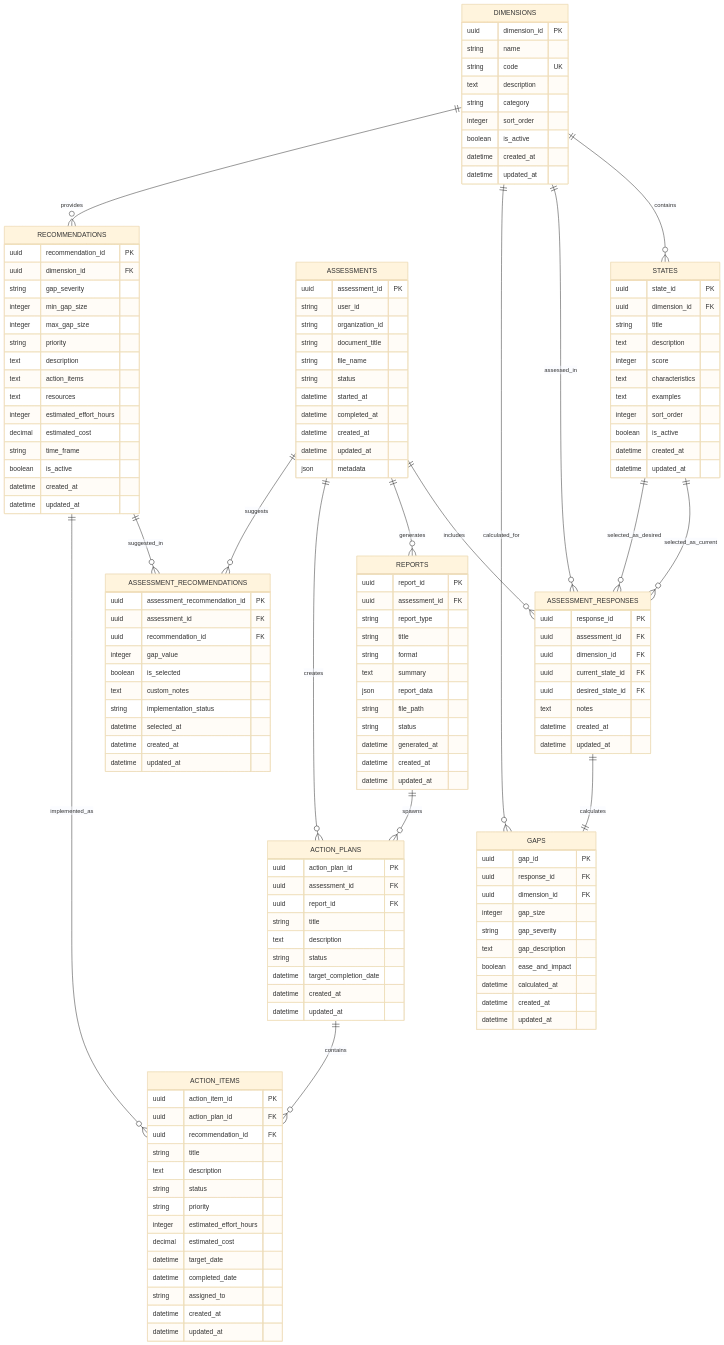
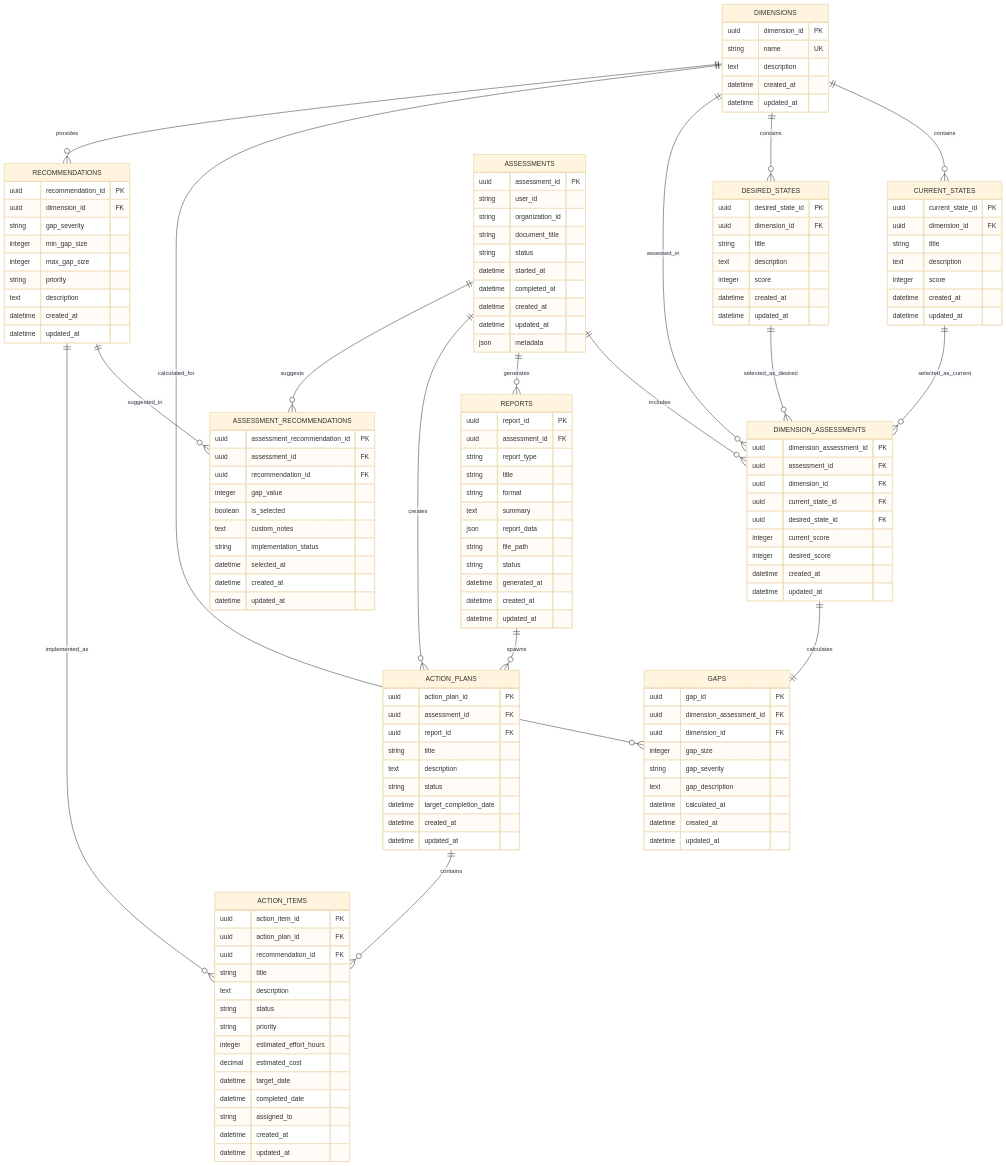
Before and after one commit to ADORSYS-GIS/DGRV-digital-gap-tool: the diagram in doc/Arc42.md, drawn with Mermaid (base theme). The commit also changed 1 other file, not shown here.

Commit message:
feat(docs): arc42 and database schema

````diff
--- a/doc/Arc42.md
+++ b/doc/Arc42.md
@@ -437,37 +437,39 @@
 ```mermaid
 erDiagram
+
     DIMENSIONS {
         uuid dimension_id PK
-        string name
-        string code UK
+        string name UK
         text description
-        string category
-        integer sort_order
-        boolean is_active
         datetime created_at
         datetime updated_at
     }
-    
-    STATES {
-        uuid state_id PK
+
+    CURRENT_STATES {
+        uuid current_state_id PK
         uuid dimension_id FK
         string title
         text description
         integer score
-        text characteristics
-        text examples
-        integer sort_order
-        boolean is_active
         datetime created_at
         datetime updated_at
     }
-    
+
+    DESIRED_STATES {
+        uuid desired_state_id PK
+        uuid dimension_id FK
+        string title
+        text description
+        integer score
+        datetime created_at
+        datetime updated_at
+    }
+
     ASSESSMENTS {
         uuid assessment_id PK
         string user_id
         string organization_id
         string document_title
-        string file_name
         string status
         datetime started_at
         datetime completed_at
@@ -475,31 +477,31 @@
         datetime updated_at
         json metadata
     }
-    
-    ASSESSMENT_RESPONSES {
-        uuid response_id PK
+
+    DIMENSION_ASSESSMENTS {
+        uuid dimension_assessment_id PK
         uuid assessment_id FK
         uuid dimension_id FK
         uuid current_state_id FK
         uuid desired_state_id FK
-        text notes
+        integer current_score
+        integer desired_score
         datetime created_at
         datetime updated_at
     }
-    
+
     GAPS {
         uuid gap_id PK
-        uuid response_id FK
+        uuid dimension_assessment_id FK
         uuid dimension_id FK
         integer gap_size
         string gap_severity
         text gap_description
-        boolean ease_and_impact
         datetime calculated_at
         datetime created_at
         datetime updated_at
     }
-    
+
     RECOMMENDATIONS {
         uuid recommendation_id PK
         uuid dimension_id FK
@@ -508,16 +510,10 @@
         integer max_gap_size
         string priority
         text description
-        text action_items
-        text resources
-        integer estimated_effort_hours
-        decimal estimated_cost
-        string time_frame
-        boolean is_active
         datetime created_at
         datetime updated_at
     }
-    
+
     ASSESSMENT_RECOMMENDATIONS {
         uuid assessment_recommendation_id PK
         uuid assessment_id FK
@@ -530,7 +526,7 @@
         datetime created_at
         datetime updated_at
     }
-    
+
     REPORTS {
         uuid report_id PK
         uuid assessment_id FK
@@ -545,7 +541,7 @@
         datetime created_at
         datetime updated_at
     }
-    
+
     ACTION_PLANS {
         uuid action_plan_id PK
         uuid assessment_id FK
@@ -557,7 +553,7 @@
         datetime created_at
         datetime updated_at
     }
-    
+
     ACTION_ITEMS {
         uuid action_item_id PK
         uuid action_plan_id FK
@@ -575,25 +571,26 @@
         datetime updated_at
     }
 
-    %% Relationships
-    DIMENSIONS ||--o{ STATES : contains
-    DIMENSIONS ||--o{ ASSESSMENT_RESPONSES : assessed_in
+%% Relationships
+    DIMENSIONS ||--o{ CURRENT_STATES : contains
+    DIMENSIONS ||--o{ DESIRED_STATES : contains
+    DIMENSIONS ||--o{ DIMENSION_ASSESSMENTS : assessed_in
     DIMENSIONS ||--o{ GAPS : calculated_for
     DIMENSIONS ||--o{ RECOMMENDATIONS : provides
-    
-    STATES ||--o{ ASSESSMENT_RESPONSES : selected_as_current
-    STATES ||--o{ ASSESSMENT_RESPONSES : selected_as_desired
-    
-    ASSESSMENTS ||--o{ ASSESSMENT_RESPONSES : includes
+
+    CURRENT_STATES ||--o{ DIMENSION_ASSESSMENTS : selected_as_current
+    DESIRED_STATES ||--o{ DIMENSION_ASSESSMENTS : selected_as_desired
+
+    ASSESSMENTS ||--o{ DIMENSION_ASSESSMENTS : includes
     ASSESSMENTS ||--o{ REPORTS : generates
     ASSESSMENTS ||--o{ ACTION_PLANS : creates
-    
-    ASSESSMENT_RESPONSES ||--|| GAPS : calculates
-    
+
+    DIMENSION_ASSESSMENTS ||--|| GAPS : calculates
+
     ASSESSMENTS ||--o{ ASSESSMENT_RECOMMENDATIONS : suggests
     RECOMMENDATIONS ||--o{ ASSESSMENT_RECOMMENDATIONS : suggested_in
     RECOMMENDATIONS ||--o{ ACTION_ITEMS : implemented_as
-    
+
     REPORTS ||--o{ ACTION_PLANS : spawns
     ACTION_PLANS ||--o{ ACTION_ITEMS : contains
 ```
````
